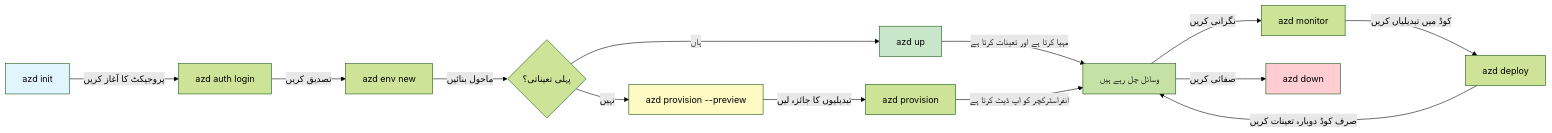
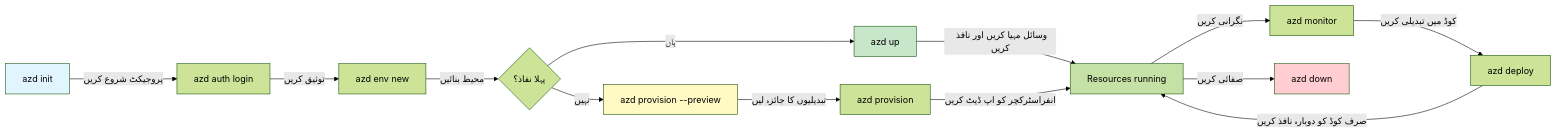
Before and after one commit to microsoft/AZD-for-beginners: the first of 2 diagrams in translations/ur/docs/chapter-01-foundation/azd-basics.md, drawn with Mermaid (forest theme). The commit also changed other lines of this file and 101 other files, not shown here.

````diff
--- a/translations/ur/docs/chapter-01-foundation/azd-basics.md
+++ b/translations/ur/docs/chapter-01-foundation/azd-basics.md
@@ -254,21 +269,21 @@
 ```mermaid
 graph LR
-    A[azd init] -->|پروجیکٹ کا آغاز کریں| B[azd auth login]
-    B -->|تصدیق کریں| C[azd env new]
-    C -->|ماحول بنائیں| D{پہلی تعیناتی؟}
+    A[azd init] -->|پروجیکٹ شروع کریں| B[azd auth login]
+    B -->|توثیق کریں| C[azd env new]
+    C -->|محیط بنائیں| D{پہلا نفاذ؟}
     D -->|ہاں| E[azd up]
     D -->|نہیں| F[azd provision --preview]
     F -->|تبدیلیوں کا جائزہ لیں| G[azd provision]
-    E -->|مہیا کرتا ہے اور تعینات کرتا ہے| H[وسائل چل رہے ہیں]
-    G -->|انفراسٹرکچر کو اپ ڈیٹ کرتا ہے| H
+    E -->|وسائل مہیا کریں اور نافذ کریں| H[Resources running]
+    G -->|انفراسٹرکچر کو اپ ڈیٹ کریں| H
     H -->|نگرانی کریں| I[azd monitor]
-    I -->|کوڈ میں تبدیلیاں کریں| J[azd deploy]
-    J -->|صرف کوڈ دوبارہ تعینات کریں| H
+    I -->|کوڈ میں تبدیلی کریں| J[azd deploy]
+    J -->|صرف کوڈ کو دوبارہ نافذ کریں| H
     H -->|صفائی کریں| K[azd down]
     
     style A fill:#e1f5fe
     style E fill:#c8e6c9
     style F fill:#fff9c4
     style H fill:#c5e1a5
     style K fill:#ffcdd2
 ```
````
